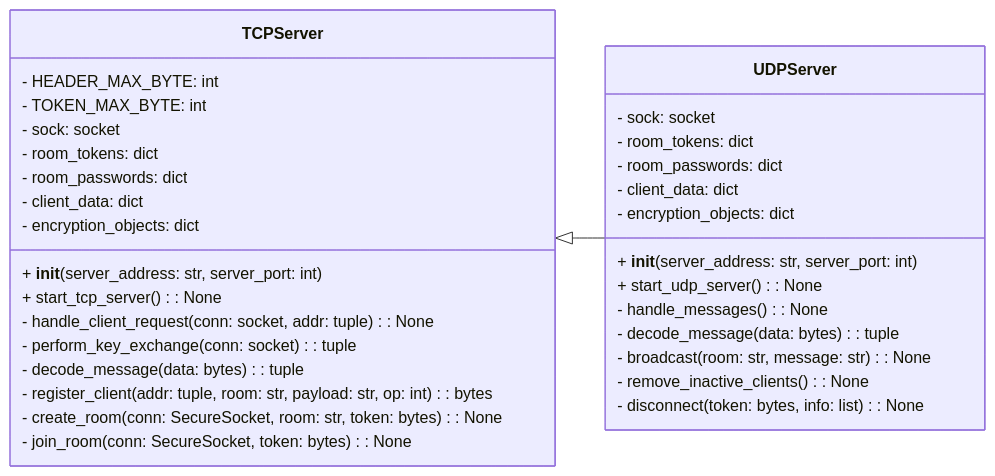
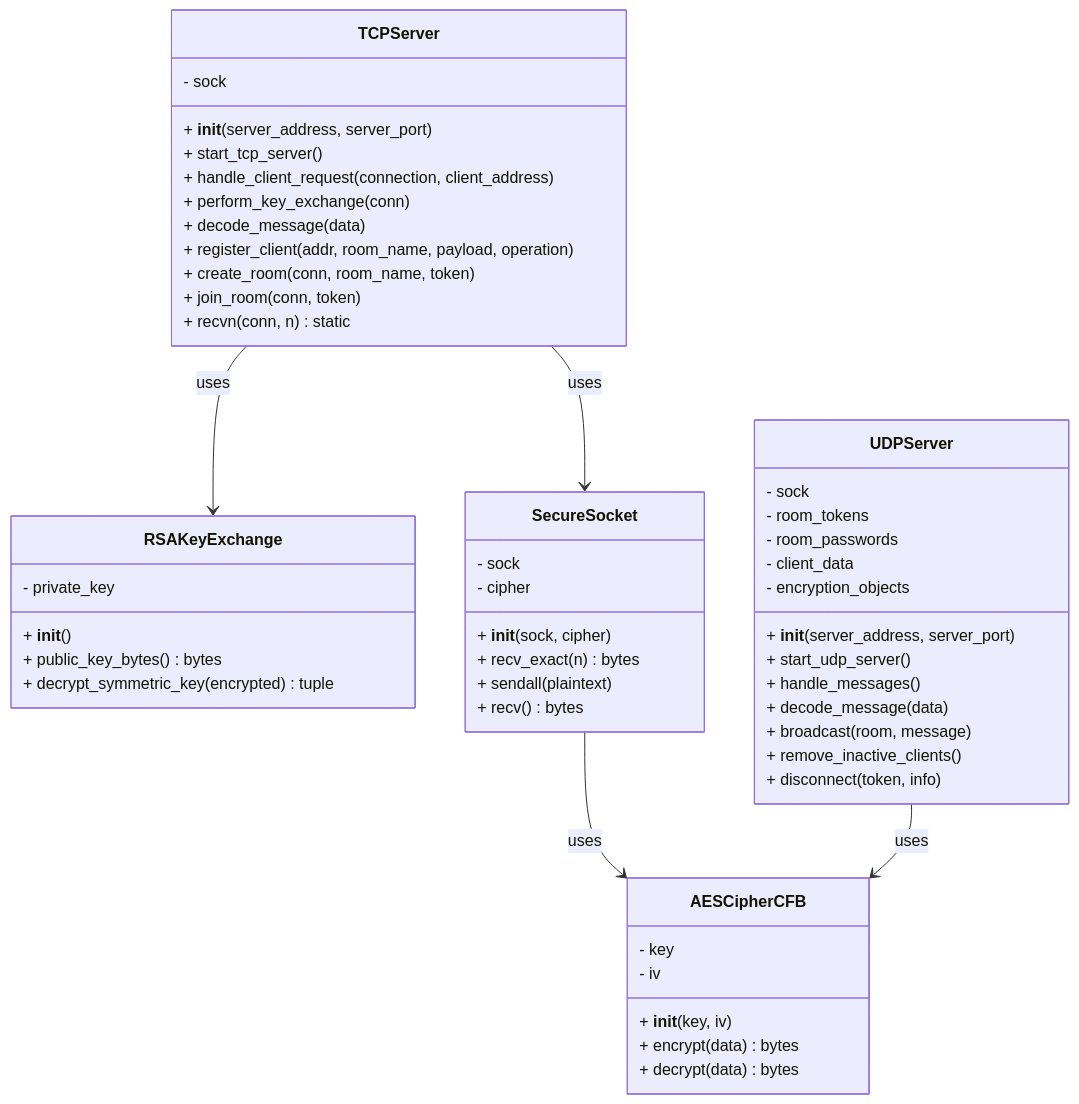
One commit to BackendExplorer/Online-Chat-Service changed the third of 4 diagrams in README.md. Above: the diagram before and after it, drawn with Mermaid. The commit also changed other lines of this file and 1 other file, not shown here.

````diff
--- a/README.md
+++ b/README.md
@@ -343,41 +337,62 @@
 ```mermaid
-%%{init: {'themeVariables': {'scale': 0.3}}}%%
 classDiagram
-direction LR
 
-TCPServer <|-- UDPServer
+class RSAKeyExchange {
+    - private_key
+    + __init__()
+    + public_key_bytes() bytes
+    + decrypt_symmetric_key(encrypted) tuple
+}
+
+class AESCipherCFB {
+    - key
+    - iv
+    + __init__(key, iv)
+    + encrypt(data) bytes
+    + decrypt(data) bytes
+}
+
+class SecureSocket {
+    - sock
+    - cipher
+    + __init__(sock, cipher)
+    + recv_exact(n) bytes
+    + sendall(plaintext)
+    + recv() bytes
+}
 
 class TCPServer {
-    - HEADER_MAX_BYTE: int
-    - TOKEN_MAX_BYTE: int
-    - sock: socket
-    - room_tokens: dict
-    - room_passwords: dict
-    - client_data: dict
-    - encryption_objects: dict
-    + __init__(server_address: str, server_port: int)
-    + start_tcp_server(): None
-    - handle_client_request(conn: socket, addr: tuple): None
-    - perform_key_exchange(conn: socket): tuple
-    - decode_message(data: bytes): tuple
-    - register_client(addr: tuple, room: str, payload: str, op: int): bytes
-    - create_room(conn: SecureSocket, room: str, token: bytes): None
-    - join_room(conn: SecureSocket, token: bytes): None
+    - sock
+    + __init__(server_address, server_port)
+    + start_tcp_server()
+    + handle_client_request(connection, client_address)
+    + perform_key_exchange(conn)
+    + decode_message(data)
+    + register_client(addr, room_name, payload, operation)
+    + create_room(conn, room_name, token)
+    + join_room(conn, token)
+    + recvn(conn, n) static
 }
 
 class UDPServer {
-    - sock: socket
-    - room_tokens: dict
-    - room_passwords: dict
-    - client_data: dict
-    - encryption_objects: dict
-    + __init__(server_address: str, server_port: int)
-    + start_udp_server(): None
-    - handle_messages(): None
-    - decode_message(data: bytes): tuple
-    - broadcast(room: str, message: str): None
-    - remove_inactive_clients(): None
-    - disconnect(token: bytes, info: list): None
+    - sock
+    - room_tokens
+    - room_passwords
+    - client_data
+    - encryption_objects
+    + __init__(server_address, server_port)
+    + start_udp_server()
+    + handle_messages()
+    + decode_message(data)
+    + broadcast(room, message)
+    + remove_inactive_clients()
+    + disconnect(token, info)
 }
 
+TCPServer --> RSAKeyExchange : uses
+TCPServer --> SecureSocket : uses
+SecureSocket --> AESCipherCFB : uses
+UDPServer --> AESCipherCFB : uses 
+
+
 ```
````
